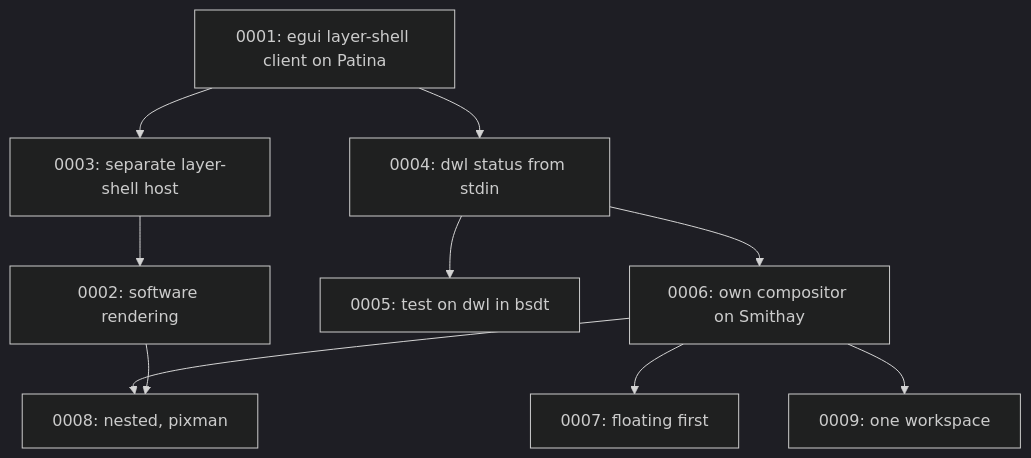
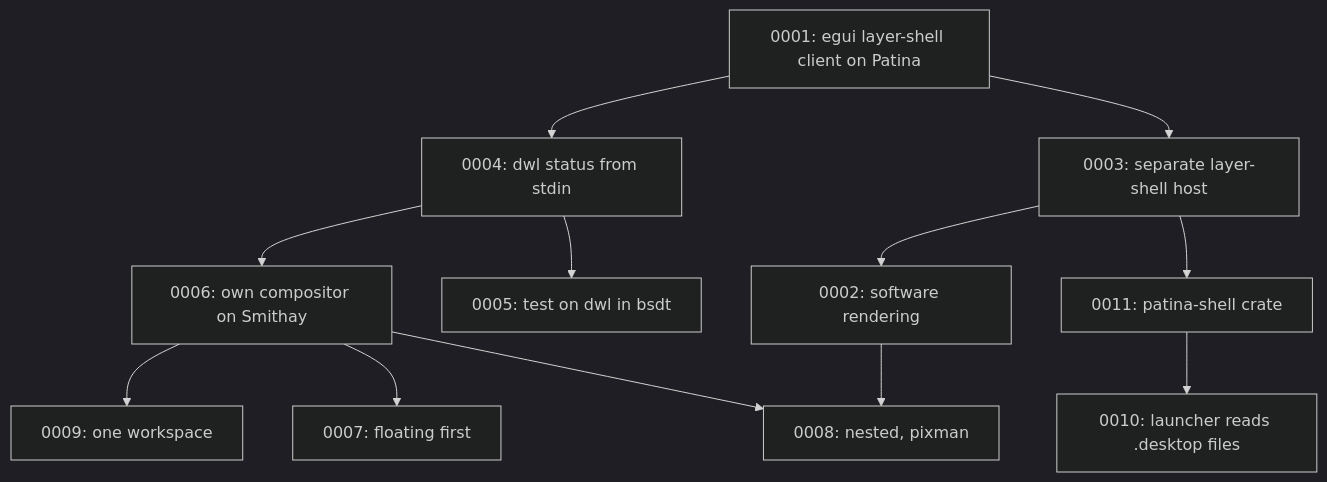
One commit to Sector-F-Labs/patina-desktop changed the diagram in docs/adr/README.md. Above: the diagram before and after it, drawn with Mermaid (dark theme). The commit also changed other lines of this file and 23 other files, not shown here.

First line of the commit message:
patina-launcher: a Patina app launcher opened by the bar's button

````diff
--- a/docs/adr/README.md
+++ b/docs/adr/README.md
@@ -57,12 +59,14 @@
 ```mermaid
 flowchart TD
     A[0001: egui layer-shell client on Patina] --> B[0003: separate layer-shell host]
     B --> C[0002: software rendering]
     A --> D[0004: dwl status from stdin]
     D --> E[0005: test on dwl in bsdt]
     D --> F[0006: own compositor on Smithay]
     F --> G[0007: floating first]
     F --> H[0008: nested, pixman]
     C --> H
     F --> I[0009: one workspace]
+    B --> K[0011: patina-shell crate]
+    K --> J[0010: launcher reads .desktop files]
 ```
````
